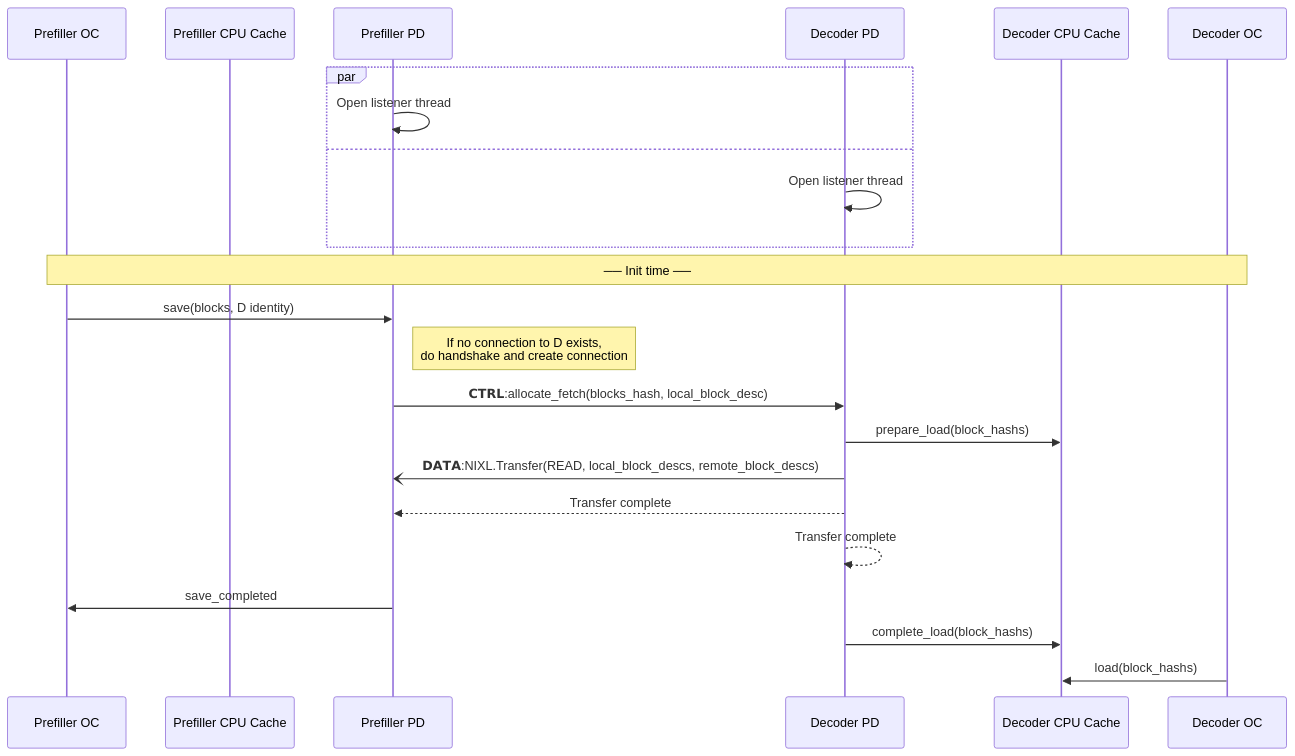
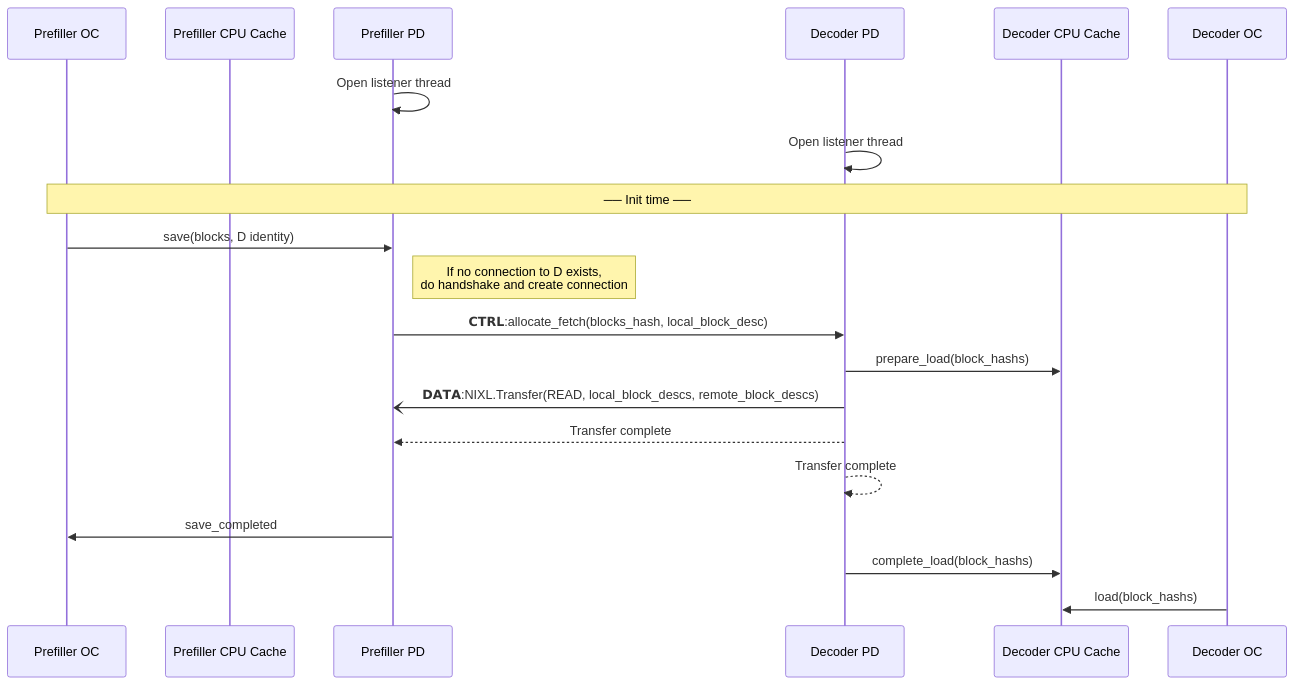
Before and after one commit to liranschour/my-utils: the diagram in pd-connector/docs/prefill_decode_disaggregation_push.md, drawn with Mermaid. The commit also changed 4 other files, not shown here.

````diff
--- a/pd-connector/docs/prefill_decode_disaggregation_push.md
+++ b/pd-connector/docs/prefill_decode_disaggregation_push.md
@@ -3,28 +3,25 @@
 ```mermaid
 sequenceDiagram
     participant Prefiller_OC as Prefiller OC
     participant Prefiller_CPU_Cache as Prefiller CPU Cache
     participant Prefiller_PD as Prefiller PD
     participant Decoder_PD as Decoder PD
     participant Decoder_CPU_Cache as Decoder CPU Cache
     participant Decoder_OC as Decoder OC
 
-    par
-        Prefiller_PD->>Prefiller_PD: Open listener thread
-    and
-        Decoder_PD->>Decoder_PD: Open listener thread
-    end
+    Prefiller_PD->>Prefiller_PD: Open listener thread
+    Decoder_PD->>Decoder_PD: Open listener thread
 
     Note over Prefiller_OC,Decoder_OC: ── Init time ──
 
     Prefiller_OC->>Prefiller_PD: save(blocks, D identity)
     Note right of Prefiller_PD: If no connection to D exists,<br/>do handshake and create connection
     Prefiller_PD->>Decoder_PD: 𝗖𝗧𝗥𝗟:allocate_fetch(blocks_hash, local_block_desc)
     Decoder_PD->>Decoder_CPU_Cache: prepare_load(block_hashs)
     Decoder_PD-)Prefiller_PD: 𝗗𝗔𝗧𝗔:NIXL.Transfer(READ, local_block_descs, remote_block_descs)
     Decoder_PD-->>Prefiller_PD: Transfer complete
     Decoder_PD-->>Decoder_PD: Transfer complete
     Prefiller_PD->>Prefiller_OC: save_completed
     Decoder_PD->>Decoder_CPU_Cache: complete_load(block_hashs)
     Decoder_OC->>Decoder_CPU_Cache: load(block_hashs)
 ```
````
